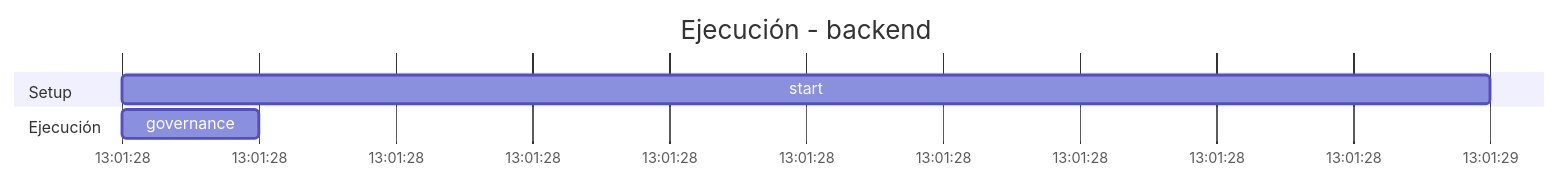
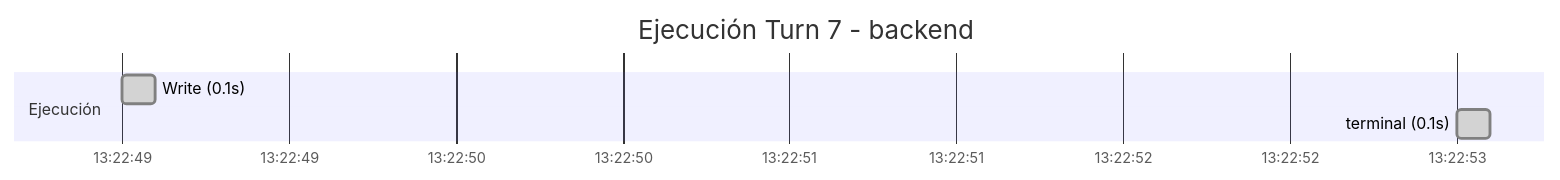
One commit to luisdalmasso/orquestador-contamela changed the fourth of 23 diagrams in .ponytail/traces/2026-07-10_context__the_current_date_is_2026-07-10_93f29162ac49/backend_93f29162ac49.md. Above: the diagram before and after it, drawn with Mermaid. The commit also changed other lines of this file, not shown here.

Commit message:
ponytail(backend): trace-1783720481794 18:54:41

````diff
--- a/.ponytail/traces/2026-07-10_context__the_current_date_is_2026-07-10_93f29162ac49/backend_93f29162ac49.md
+++ b/.ponytail/traces/2026-07-10_context__the_current_date_is_2026-07-10_93f29162ac49/backend_93f29162ac49.md
@@ -31,14 +1186,10 @@
 ```mermaid
 gantt
-    title Ejecución - backend
+    title Ejecución Turn 7 - backend
     dateFormat  HH:mm:ss
     axisFormat  %H:%M:%S
 
-    section Setup
-    start           :13:01:28, 1s
-
     section Ejecución
-    governance:governance_layer0 (0.1s)  :done, 13:01:28, 0.1s
-
-    section Dead Time
+    Write (0.1s)  :done, 13:22:49, 0.1s
+    terminal (0.1s)  :done, 13:22:53, 0.1s
 ```
````
